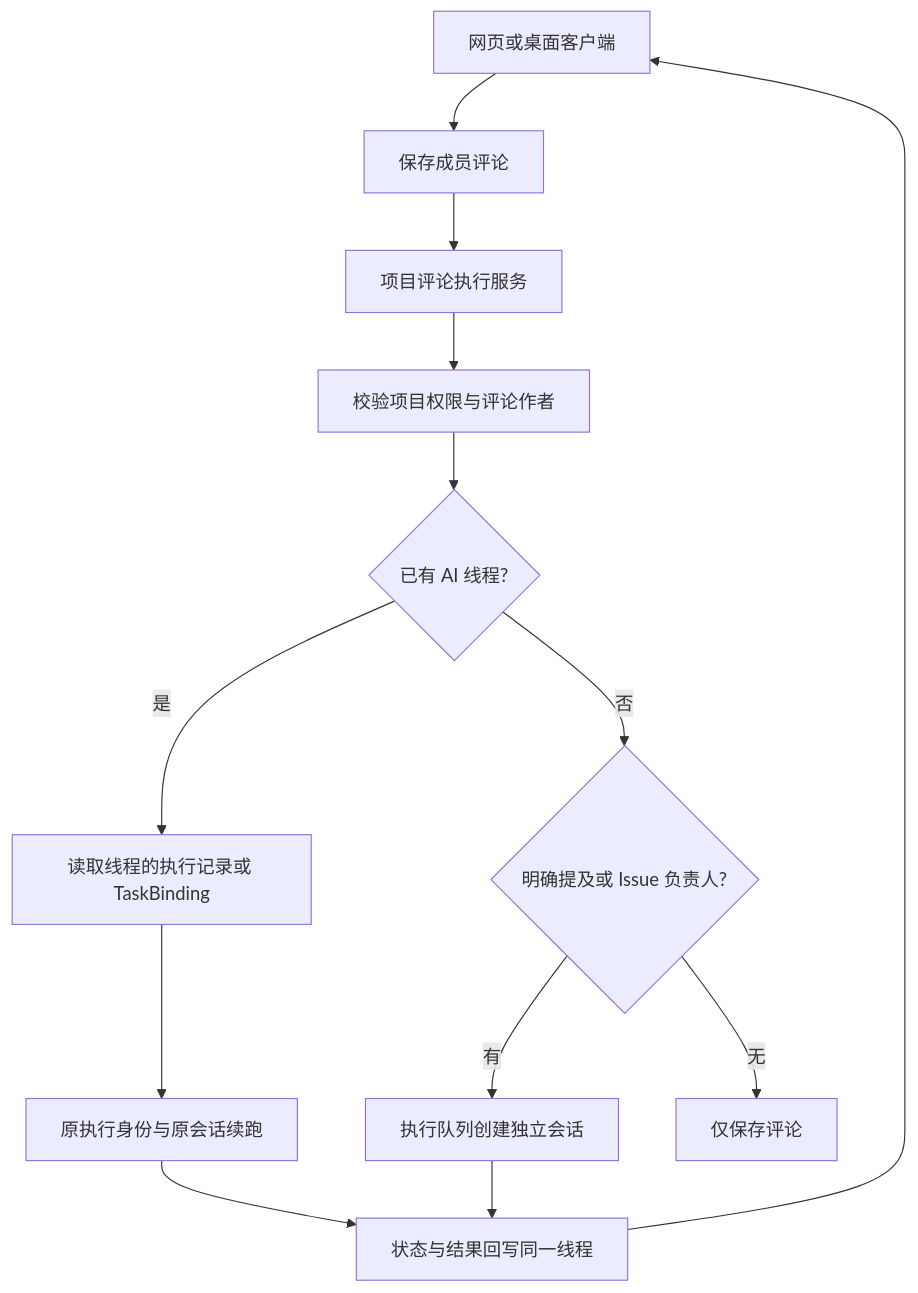
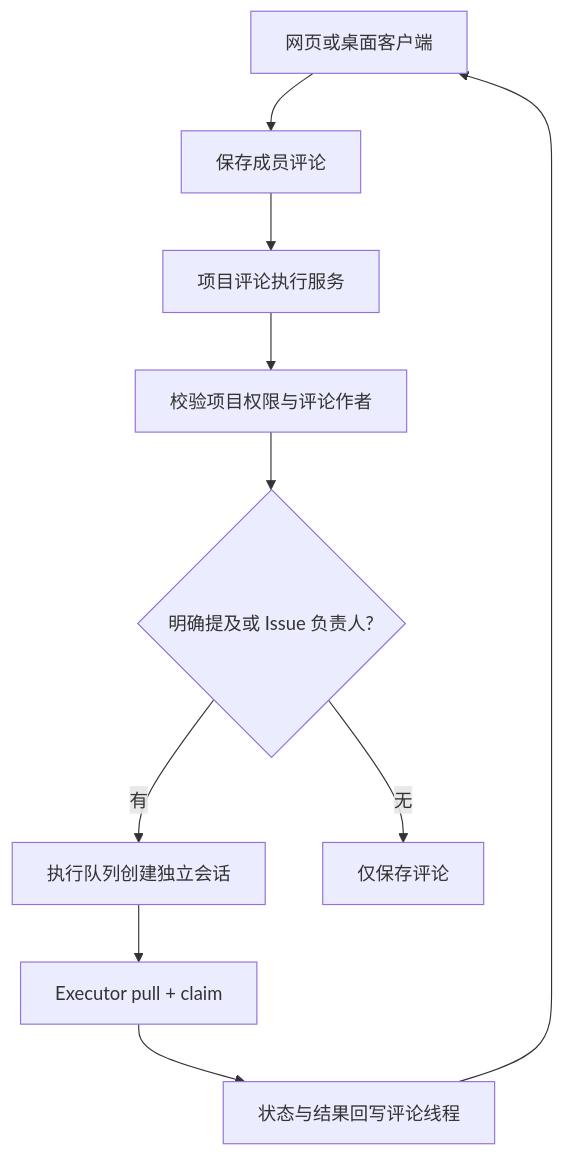
The third of 4 diagrams in i18n/zh/docusaurus-plugin-content-docs/current/wegent/developer-guide/cloud-project-collaboration.md (wecode-ai/wegent-docs), drawn with Mermaid before and after one commit. The commit also changed other lines of this file and 5 other files, not shown here.

````diff
--- a/i18n/zh/docusaurus-plugin-content-docs/current/wegent/developer-guide/cloud-project-collaboration.md
+++ b/i18n/zh/docusaurus-plugin-content-docs/current/wegent/developer-guide/cloud-project-collaboration.md
@@ -509,15 +327,12 @@
 ```mermaid
 flowchart TD
     UI[网页或桌面客户端] --> Save[保存成员评论]
     Save --> Execute[项目评论执行服务]
     Execute --> Auth[校验项目权限与评论作者]
-    Auth --> Kind{已有 AI 线程?}
-    Kind -->|是| Binding[读取线程的执行记录或 TaskBinding]
-    Binding --> Continue[原执行身份与原会话续跑]
-    Kind -->|否| Agent{明确提及或 Issue 负责人?}
+    Auth --> Agent{明确提及或 Issue 负责人?}
     Agent -->|有| Queue[执行队列创建独立会话]
     Agent -->|无| Comment[仅保存评论]
-    Continue --> Activity[状态与结果回写同一线程]
-    Queue --> Activity
+    Queue --> Claim[Executor pull + claim]
+    Claim --> Activity[状态与结果回写评论线程]
     Activity --> UI
 ```
````
